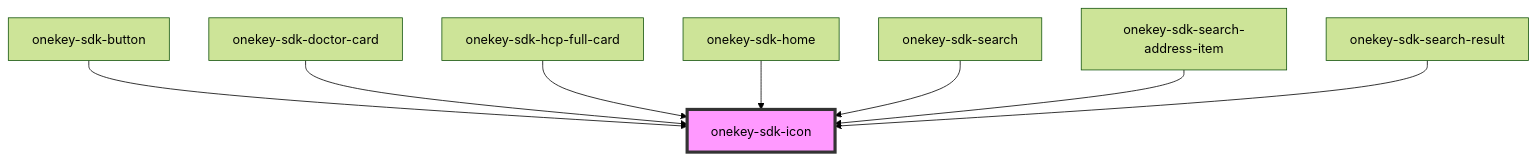
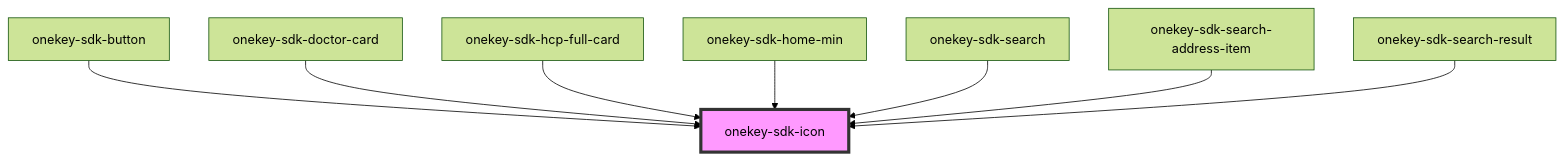
Before and after one commit to hcl-sdk/HealthCareLocatorWebSDK: the diagram in packages/onekey-sdk-core-ui/docs/components/ui-kits/onekey-sdk-icon/readme.md, drawn with Mermaid (forest theme). The commit also changed other lines of this file and 6 other files, not shown here.

````diff
--- a/packages/onekey-sdk-core-ui/docs/components/ui-kits/onekey-sdk-icon/readme.md
+++ b/packages/onekey-sdk-core-ui/docs/components/ui-kits/onekey-sdk-icon/readme.md
@@ -32,11 +32,11 @@
 ```mermaid
 graph TD;
   onekey-sdk-button --> onekey-sdk-icon
   onekey-sdk-doctor-card --> onekey-sdk-icon
   onekey-sdk-hcp-full-card --> onekey-sdk-icon
-  onekey-sdk-home --> onekey-sdk-icon
+  onekey-sdk-home-min --> onekey-sdk-icon
   onekey-sdk-search --> onekey-sdk-icon
   onekey-sdk-search-address-item --> onekey-sdk-icon
   onekey-sdk-search-result --> onekey-sdk-icon
   style onekey-sdk-icon fill:#f9f,stroke:#333,stroke-width:4px
 ```
````
